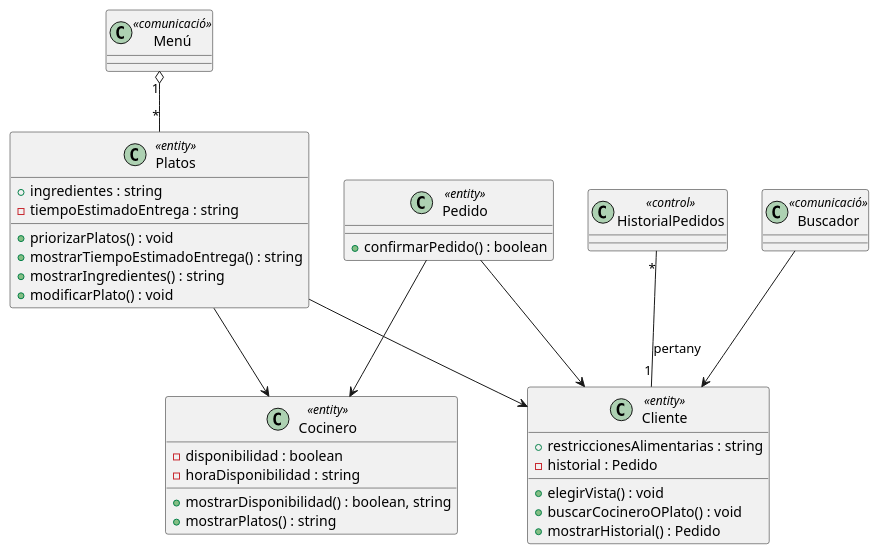
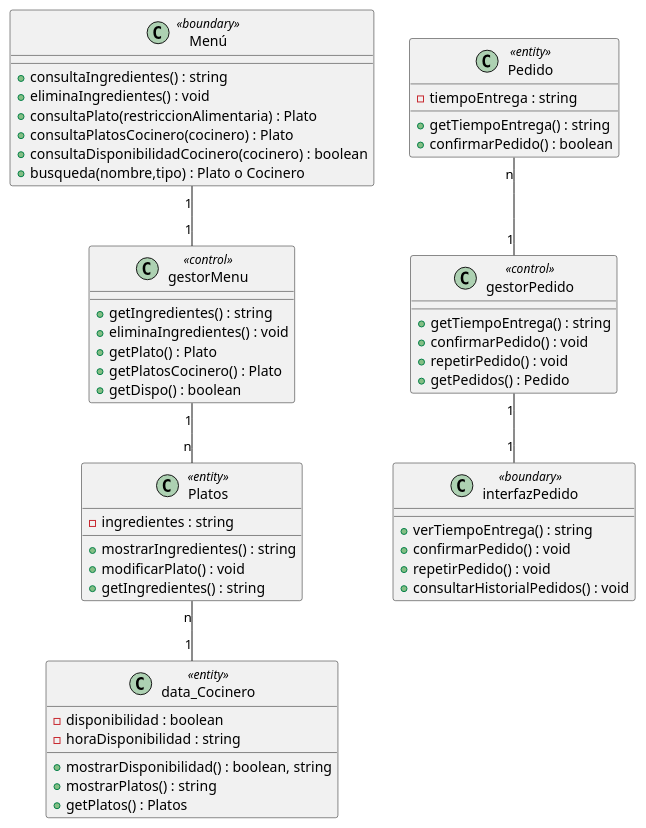
One commit to dabien3/ES25UAB-511-05 changed the diagram in documents/Diagrama Clases/CodeUML/bloq2.pUML. Above: the diagram before and after it, drawn with PlantUML. The commit also changed 3 other files, not shown here.

Commit message:
update diagramaClases

```diff
--- a/documents/Diagrama Clases/CodeUML/bloq2.pUML
+++ b/documents/Diagrama Clases/CodeUML/bloq2.pUML
@@ -1,42 +1,61 @@
 @startuml
 
-class Cliente <<entity>>
-{
-   +restriccionesAlimentarias : string
-   +elegirVista() : void   
-   +buscarCocineroOPlato() : void
-   -historial : Pedido
-   +mostrarHistorial() : Pedido
-}
-class Cocinero <<entity>>
+class "data_Cocinero" as Cocinero <<entity>>
 {
    -disponibilidad : boolean
    -horaDisponibilidad : string
    +mostrarDisponibilidad() : boolean, string
    +mostrarPlatos() : string
+   +getPlatos() : Platos
 }
 class Pedido <<entity>>
 {
+   -tiempoEntrega : string
+   +getTiempoEntrega() : string
    +confirmarPedido() : boolean
 }
 class Platos <<entity>>
 {
-   +ingredientes : string
-   -tiempoEstimadoEntrega : string
-   +priorizarPlatos() : void
-   +mostrarTiempoEstimadoEntrega() : string
+   -ingredientes : string
    +mostrarIngredientes() : string
    +modificarPlato() : void
+   +getIngredientes() : string
 }
 
-class Menú <<comunicació>>
-class Buscador <<comunicació>>
-class HistorialPedidos <<control>>
-Pedido --> Cliente
-Pedido --> Cocinero
-Platos --> Cliente
-Platos --> Cocinero
-HistorialPedidos "*" -- "1" Cliente : pertany
-Menú "1" o-- "*" Platos
-Buscador --> Cliente
+class Menú <<boundary>>
+{
+   +consultaIngredientes() : string
+   +eliminaIngredientes() : void
+   +consultaPlato(restriccionAlimentaria) : Plato
+   +consultaPlatosCocinero(cocinero) : Plato
+   +consultaDisponibilidadCocinero(cocinero) : boolean
+   +busqueda(nombre,tipo) : Plato o Cocinero
+}
+class interfazPedido <<boundary>>
+{
+   +verTiempoEntrega() : string
+   +confirmarPedido() : void
+   +repetirPedido() : void
+   +consultarHistorialPedidos() : void
+}
+class gestorPedido <<control>>
+{
+   +getTiempoEntrega() : string
+   +confirmarPedido() : void
+   +repetirPedido() : void
+   +getPedidos() : Pedido
+}
+class gestorMenu <<control>>
+{
+   +getIngredientes() : string
+   +eliminaIngredientes() : void
+   +getPlato() : Plato
+   +getPlatosCocinero() : Plato
+   +getDispo() : boolean
+}
+Pedido "n"--"1" gestorPedido
+gestorPedido "1"-- "1" interfazPedido
+Platos "n" -- "1" Cocinero
+Menú "1"--"1" gestorMenu
+gestorMenu "1"--"n" Platos
 @enduml
```
